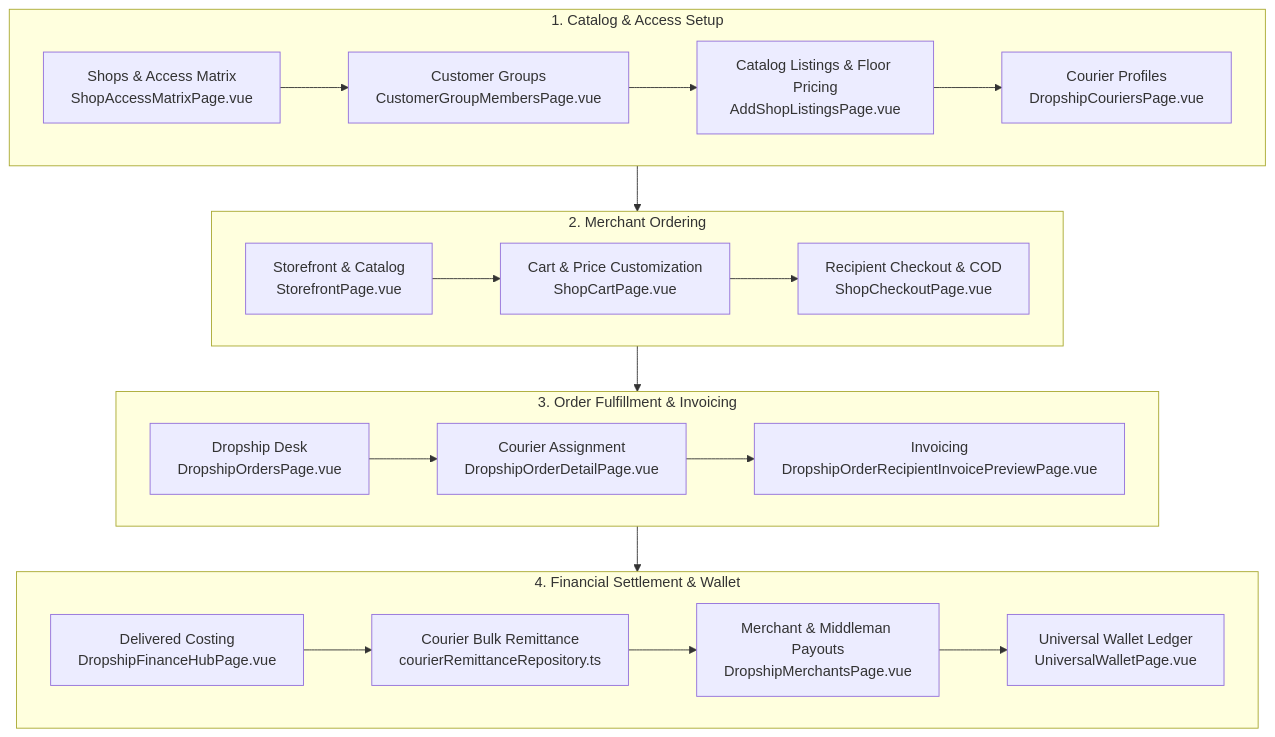
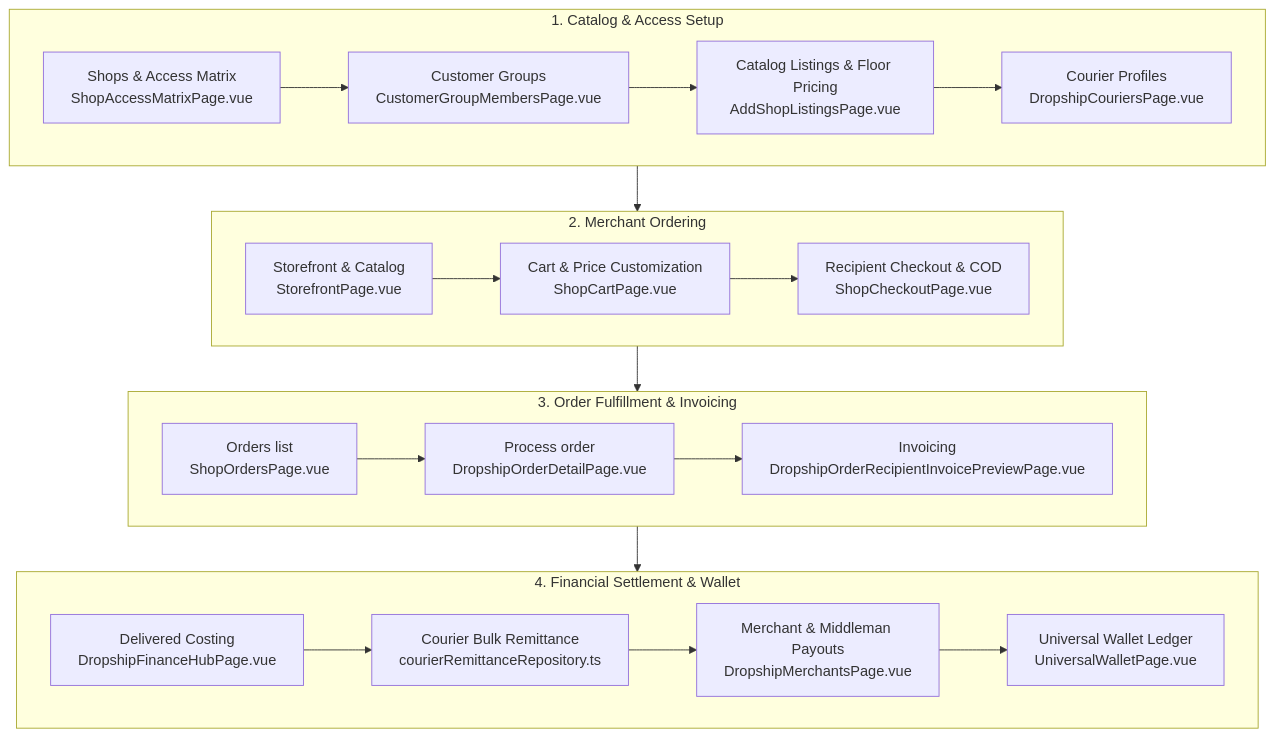
The diagram in doc/feature_flow/DROPSHIP_END_TO_END_WORKFLOW.md (david-git-2/brandwala-wholesale-quasar-v2), drawn with Mermaid before and after one commit. The commit also changed other lines of this file and 67 other files, not shown here.

````diff
--- a/doc/feature_flow/DROPSHIP_END_TO_END_WORKFLOW.md
+++ b/doc/feature_flow/DROPSHIP_END_TO_END_WORKFLOW.md
@@ -9,28 +9,28 @@
 ```mermaid
 graph TD
     subgraph Setup ["1. Catalog & Access Setup"]
         A1["Shops & Access Matrix<br>ShopAccessMatrixPage.vue"] --> A2["Customer Groups<br>CustomerGroupMembersPage.vue"]
         A2 --> A3["Catalog Listings & Floor Pricing<br>AddShopListingsPage.vue"]
         A3 --> A4["Courier Profiles<br>DropshipCouriersPage.vue"]
     end
 
     subgraph Storefront ["2. Merchant Ordering"]
         B1["Storefront & Catalog<br>StorefrontPage.vue"] --> B2["Cart & Price Customization<br>ShopCartPage.vue"]
         B2 --> B3["Recipient Checkout & COD<br>ShopCheckoutPage.vue"]
     end
 
     subgraph Fulfillment ["3. Order Fulfillment & Invoicing"]
-        C1["Dropship Desk<br>DropshipOrdersPage.vue"] --> C2["Courier Assignment<br>DropshipOrderDetailPage.vue"]
+        C1["Orders list<br>ShopOrdersPage.vue"] --> C2["Process order<br>DropshipOrderDetailPage.vue"]
         C2 --> C3["Invoicing<br>DropshipOrderRecipientInvoicePreviewPage.vue"]
     end
 
     subgraph Finance ["4. Financial Settlement & Wallet"]
         D1["Delivered Costing<br>DropshipFinanceHubPage.vue"] --> D2["Courier Bulk Remittance<br>courierRemittanceRepository.ts"]
         D2 --> D3["Merchant & Middleman Payouts<br>DropshipMerchantsPage.vue"]
         D3 --> D4["Universal Wallet Ledger<br>UniversalWalletPage.vue"]
     end
 
     Setup --> Storefront
     Storefront --> Fulfillment
     Fulfillment --> Finance
 ```
````
